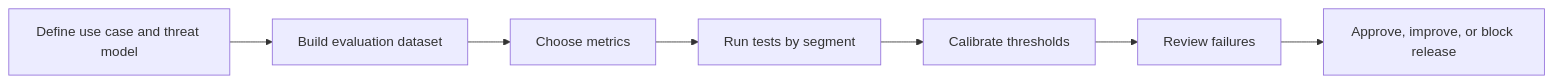
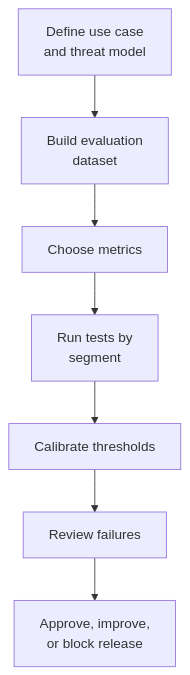
The diagram in docs/08-evaluation-playbook.md (Nivratti/ekyc-face-liveness-playbook), drawn with Mermaid before and after one commit. The commit also changed 31 other files, not shown here.

Commit message:
docs: improve mermaid diagram readability by converting wide flows to vertical layouts

````diff
--- a/docs/08-evaluation-playbook.md
+++ b/docs/08-evaluation-playbook.md
@@ -35,9 +35,9 @@
 ```mermaid
-flowchart LR
-    A[Define use case and threat model] --> B[Build evaluation dataset]
+flowchart TB
+    A[Define use case<br/>and threat model] --> B[Build evaluation<br/>dataset]
     B --> C[Choose metrics]
-    C --> D[Run tests by segment]
+    C --> D[Run tests by<br/>segment]
     D --> E[Calibrate thresholds]
     E --> F[Review failures]
-    F --> G[Approve, improve, or block release]
+    F --> G[Approve, improve,<br/>or block release]
 ```
````
